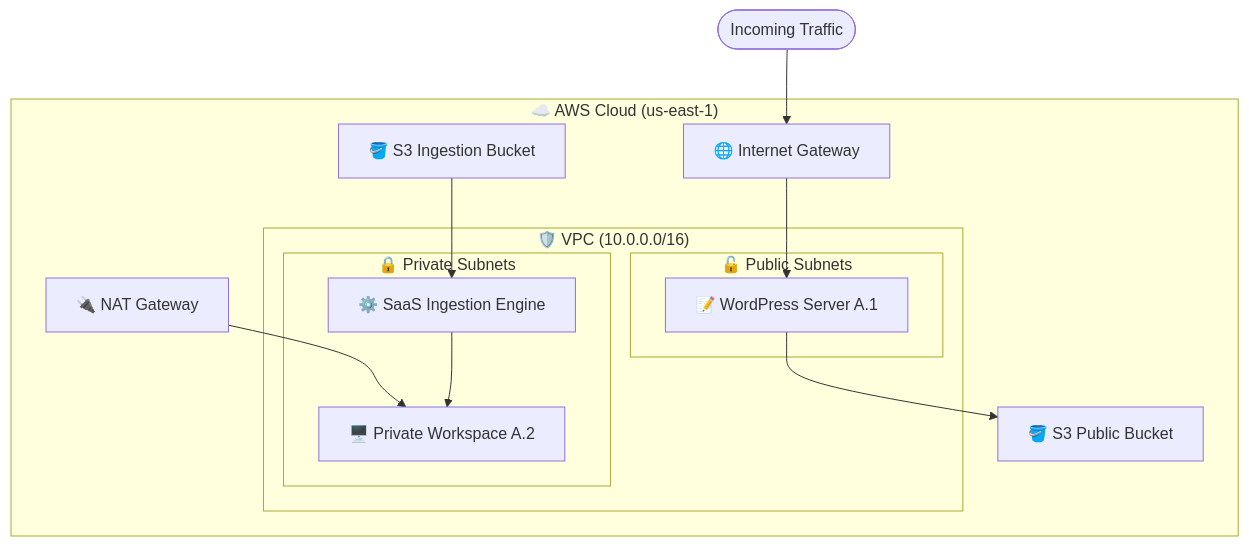
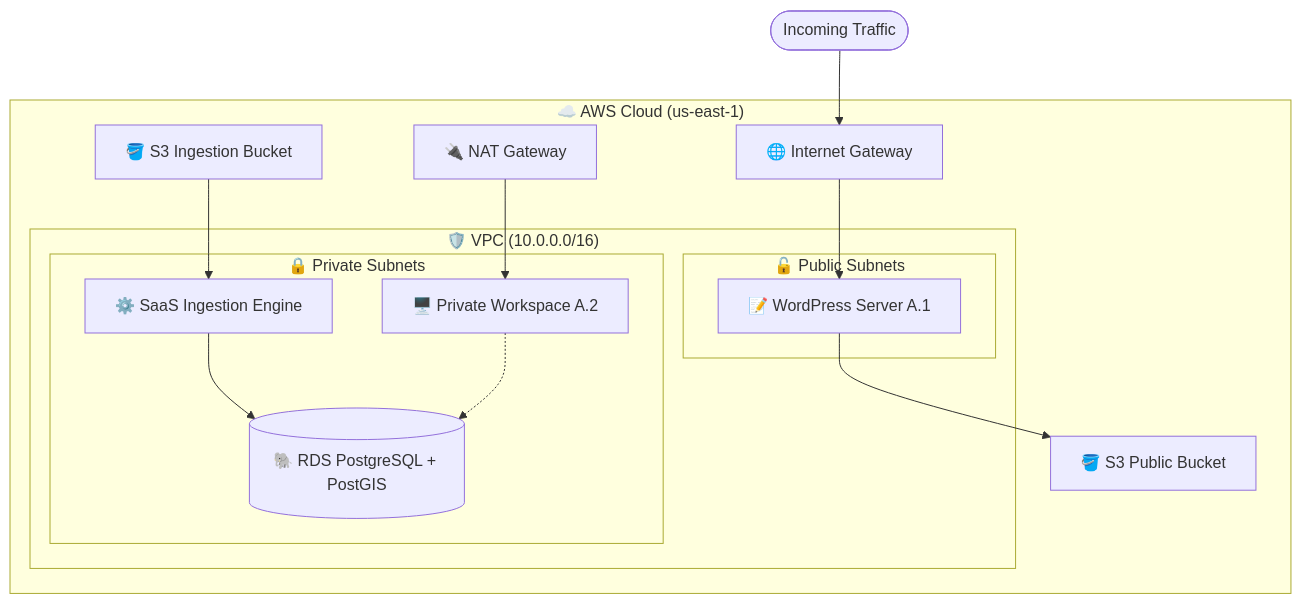
The diagram in README.md (Kinanw38/asterra-devops-project), drawn with Mermaid before and after one commit.

Commit message:
docs: update architecture diagram with RDS layer

````diff
--- a/README.md
+++ b/README.md
@@ -9,33 +9,35 @@
 ```mermaid
 graph TD
     %% Nodes Definition inside Subgraphs
     subgraph AWS_Cloud ["☁️ AWS Cloud (us-east-1)"]
         IGW["🌐 Internet Gateway"]
         NAT["🔌 NAT Gateway"]
         
         subgraph VPC_Env ["🛡️ VPC (10.0.0.0/16)"]
             subgraph Public_Subnets ["🔓 Public Subnets"]
                 WP["📝 WordPress Server A.1"]
             end
             
             subgraph Private_Subnets ["🔒 Private Subnets"]
                 PW["🖥️ Private Workspace A.2"]
                 SaaS["⚙️ SaaS Ingestion Engine"]
+                RDS[("🐘 RDS PostgreSQL + PostGIS")]
             end
         end
 
         S3_Pub["🪣 S3 Public Bucket"]
         S3_Priv["🪣 S3 Ingestion Bucket"]
     end
 
     %% External User Traffic
     USR(["Incoming Traffic"])
 
     %% Flow Connections
     USR --> IGW
     IGW --> WP
     WP --> S3_Pub
     NAT --> PW
     S3_Priv --> SaaS
-    SaaS --> PW
+    SaaS --> RDS
+    PW -.-> RDS
 ```
````
